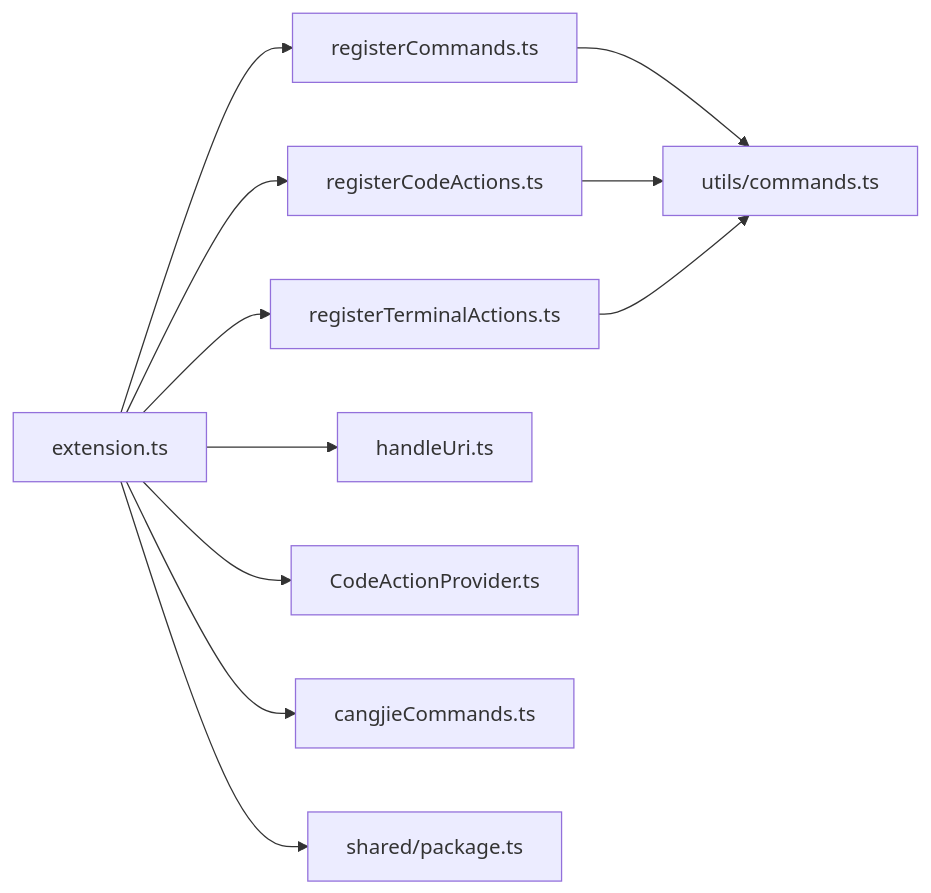
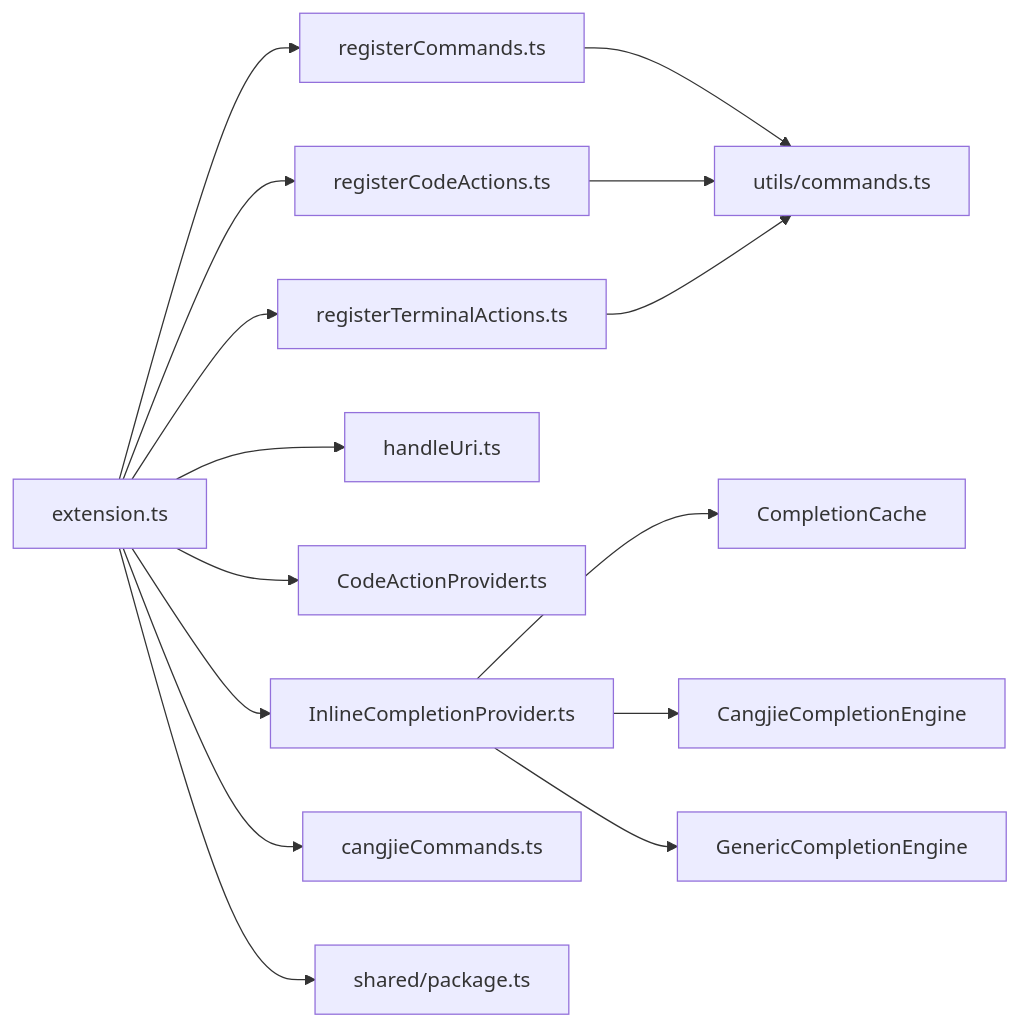
Before and after one commit to JunjieChen0/NJUST: the sixth of 6 diagrams in .qoder/repowiki/zh/content/核心功能/扩展激活机制.md, drawn with Mermaid. The commit also changed other lines of this file and 402 other files, not shown here.

````diff
--- a/.qoder/repowiki/zh/content/核心功能/扩展激活机制.md
+++ b/.qoder/repowiki/zh/content/核心功能/扩展激活机制.md
@@ -222,13 +309,17 @@
 ```mermaid
 graph LR
 Ext["extension.ts"] --> Cmd["registerCommands.ts"]
 Ext --> Act["registerCodeActions.ts"]
 Ext --> Term["registerTerminalActions.ts"]
 Ext --> Uri["handleUri.ts"]
 Ext --> Cap["CodeActionProvider.ts"]
+Ext --> Inline["InlineCompletionProvider.ts"]
 Ext --> Cmp["cangjieCommands.ts"]
 Cmd --> Utl["utils/commands.ts"]
 Act --> Utl
 Term --> Utl
 Ext --> Pkg["shared/package.ts"]
+Inline --> Cache["CompletionCache"]
+Inline --> CangjieEng["CangjieCompletionEngine"]
+Inline --> GenericEng["GenericCompletionEngine"]
 ```
````
